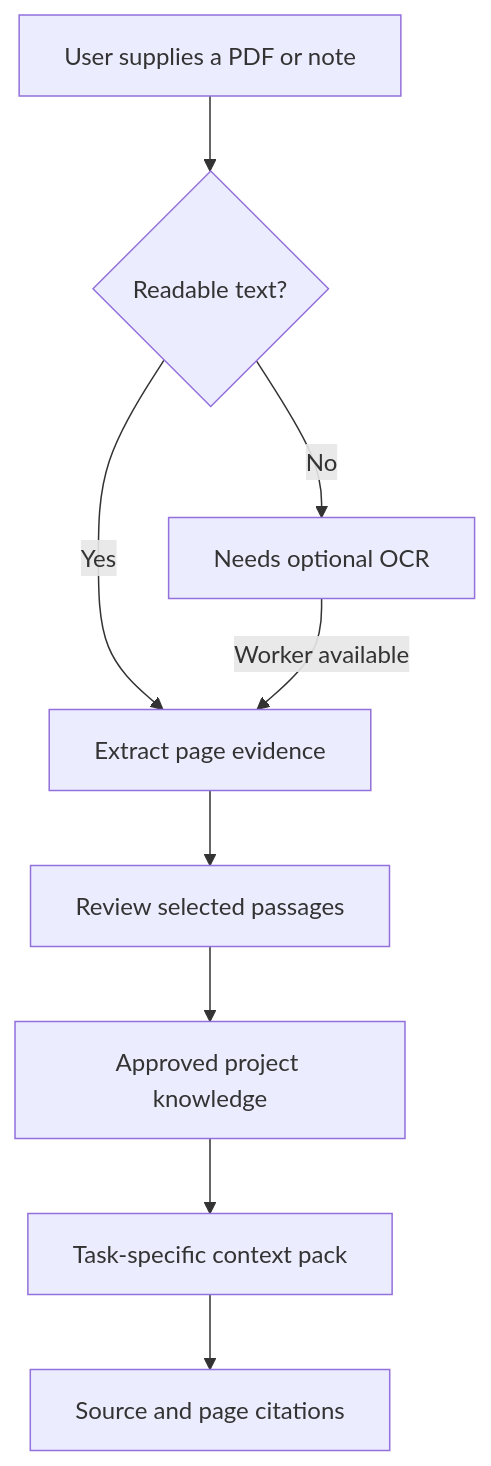
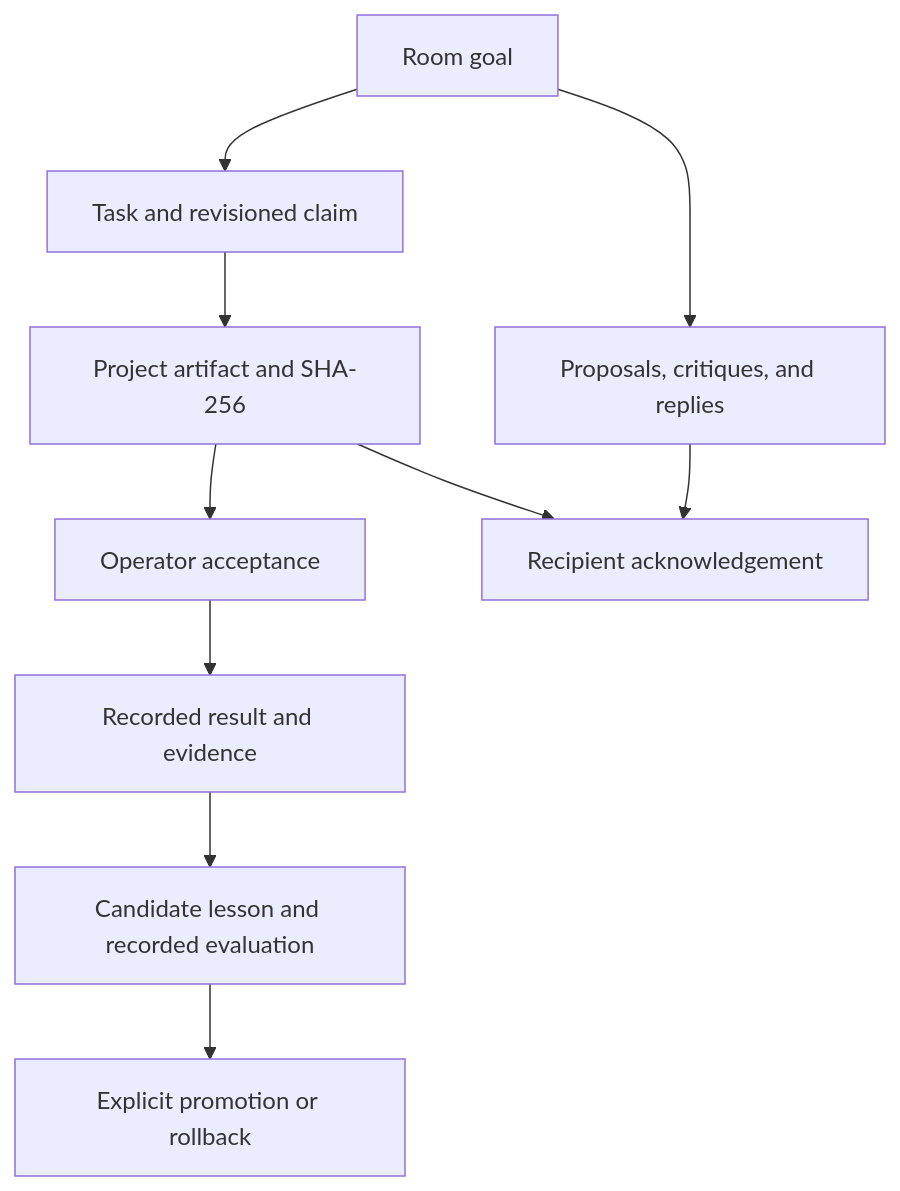
The diagram in docs/VISUAL_GUIDE_v7.1.4.md (theihtishaam/agents-brain), drawn with Mermaid before and after one commit. The commit also changed other lines of this file and 56 other files, not shown here.

Commit message:
Implement live Brain Hub, shared project work, PDF knowledge and reviewed learning

````diff
--- a/docs/VISUAL_GUIDE_v7.1.4.md
+++ b/docs/VISUAL_GUIDE_v7.1.4.md
@@ -45,11 +34,12 @@
 ```mermaid
 flowchart TD
-  A[User supplies a PDF or note] --> B{Readable text?}
-  B -->|Yes| C[Extract page evidence]
-  B -->|No| D[Needs optional OCR]
-  D -->|Worker available| C
-  C --> E[Review selected passages]
-  E --> F[Approved project knowledge]
-  F --> G[Task-specific context pack]
-  G --> H[Source and page citations]
+  Room[Room goal] --> Discussion[Proposals, critiques, and replies]
+  Room --> Task[Task and revisioned claim]
+  Task --> File[Project artifact and SHA-256]
+  File --> Accept[Operator acceptance]
+  Discussion --> Ack[Recipient acknowledgement]
+  File --> Ack
+  Accept --> Outcome[Recorded result and evidence]
+  Outcome --> Lesson[Candidate lesson and recorded evaluation]
+  Lesson --> Promote[Explicit promotion or rollback]
 ```
````
